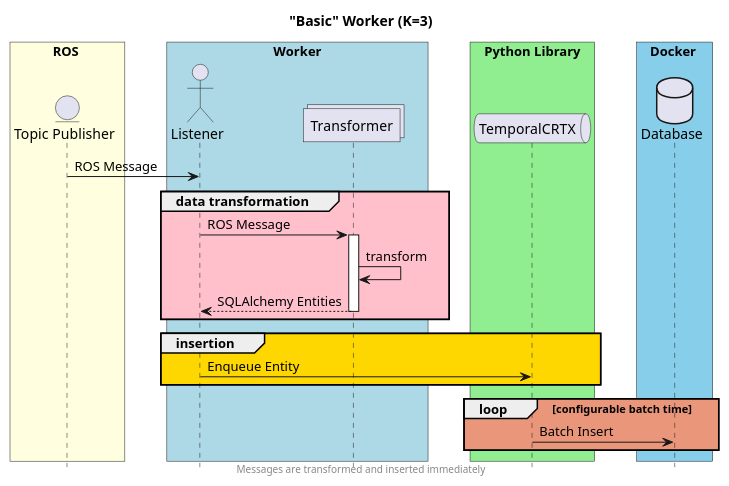
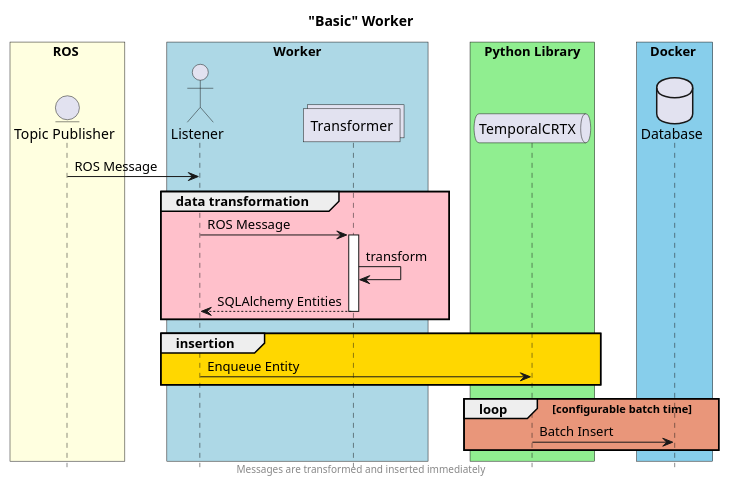
One commit to nasa-jpl/cortex changed the diagram in docs/agents/worker/basic.puml. Above: the diagram before and after it, drawn with PlantUML.

Commit message:
Update basic worker diagram.

```diff
--- a/docs/agents/worker/basic.puml
+++ b/docs/agents/worker/basic.puml
@@ -1,49 +1,49 @@
 @startuml
 
-title "Basic" Worker (K=3)
+title "Basic" Worker
 footer Messages are transformed and inserted immediately
 hide footbox
 skinparam BoxPadding 20
 skinparam BoxMargin 10
 skinparam ParticipantPadding 20
 
 box ROS #LightYellow
   entity rn as "Topic Publisher"
 end box
 
 box "Worker" #LightBlue
   actor wk as "Listener"
   collections Transformer
 end box
 
 box "Python Library" #LightGreen
   queue TemporalCRTX
 end box
 
 box Docker #SkyBlue
   database Database
 end box
 
 
 rn -> wk : ROS Message
 
 group #pink data transformation
   wk -> Transformer : ROS Message
   activate Transformer
 
   Transformer -> Transformer : transform
   return SQLAlchemy Entities
 
   deactivate Transformer
 end
 
 group #gold insertion
 wk -> TemporalCRTX : Enqueue Entity
 end
 
 loop #DarkSalmon configurable batch time
       TemporalCRTX -> Database : Batch Insert
 end
 
 
 @enduml
```
